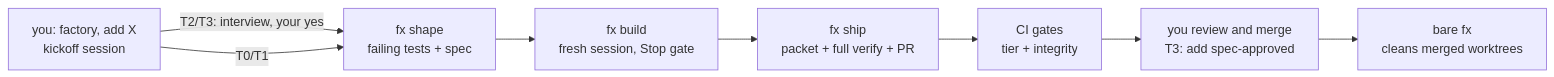
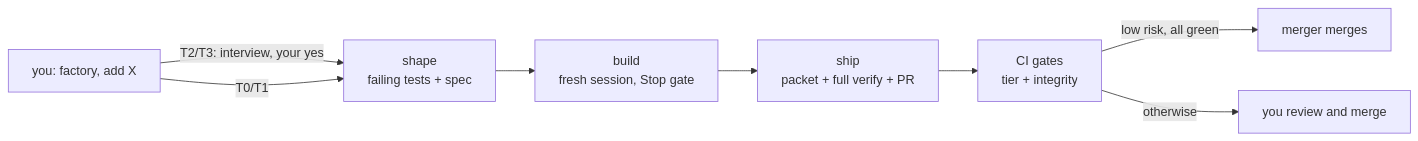
One commit to seifhamdy33/factory-core changed the diagram in README.md. Above: the diagram before and after it, drawn with Mermaid. The commit also changed other lines of this file and 7 other files, not shown here.

````diff
--- a/README.md
+++ b/README.md
@@ -27,10 +17,10 @@
 ```mermaid
 flowchart LR
-  A["you: factory, add X<br>kickoff session"] -->|T2/T3: interview, your yes| B["fx shape<br>failing tests + spec"]
+  A["you: factory, add X"] -->|T2/T3: interview, your yes| B["shape<br>failing tests + spec"]
   A -->|T0/T1| B
-  B --> C["fx build<br>fresh session, Stop gate"]
-  C --> D["fx ship<br>packet + full verify + PR"]
+  B --> C["build<br>fresh session, Stop gate"]
+  C --> D["ship<br>packet + full verify + PR"]
   D --> E["CI gates<br>tier + integrity"]
-  E --> F["you review and merge<br>T3: add spec-approved"]
-  F --> G["bare fx<br>cleans merged worktrees"]
+  E -->|low risk, all green| M["merger merges"]
+  E -->|otherwise| F["you review and merge"]
 ```
````
